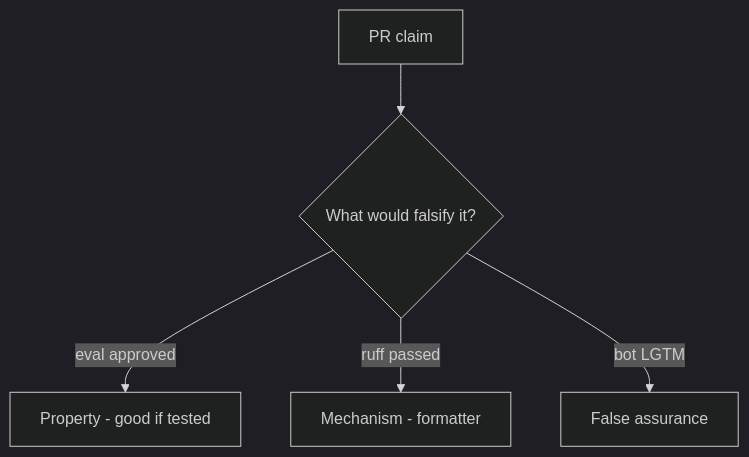
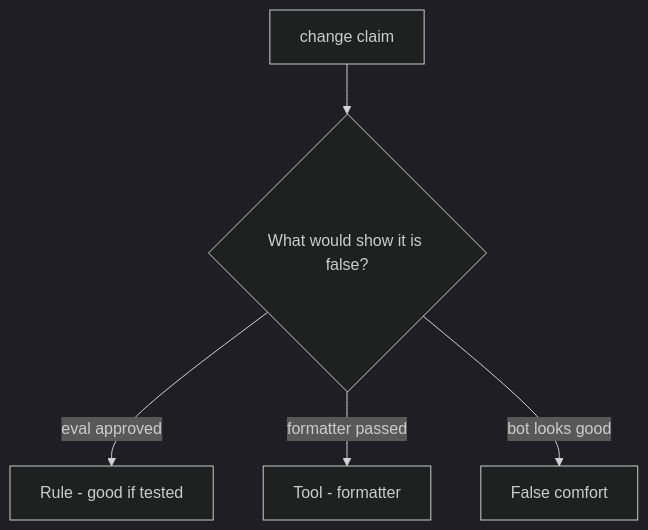
The diagram in content/modules/9/9.2/lessons/08-review.md (ishitvagoel/LearnSecurity), drawn with Mermaid (dark theme) before and after one commit. The commit also changed other lines of this file and 39 other files, not shown here.

````diff
--- a/content/modules/9/9.2/lessons/08-review.md
+++ b/content/modules/9/9.2/lessons/08-review.md
@@ -17,7 +18,7 @@
 ```mermaid
 flowchart TD
-  Claim[PR claim] --> Q{"What would falsify it?"}
-  Q -->|eval approved| Property["Property - good if tested"]
-  Q -->|ruff passed| Mechanism[Mechanism - formatter]
-  Q -->|bot LGTM| False[False assurance]
+  Claim[change claim] --> Q{"What would show it is false?"}
+  Q -->|eval approved| Property["Rule - good if tested"]
+  Q -->|formatter passed| Mechanism[Tool - formatter]
+  Q -->|bot looks good| False[False comfort]
 ```
````
